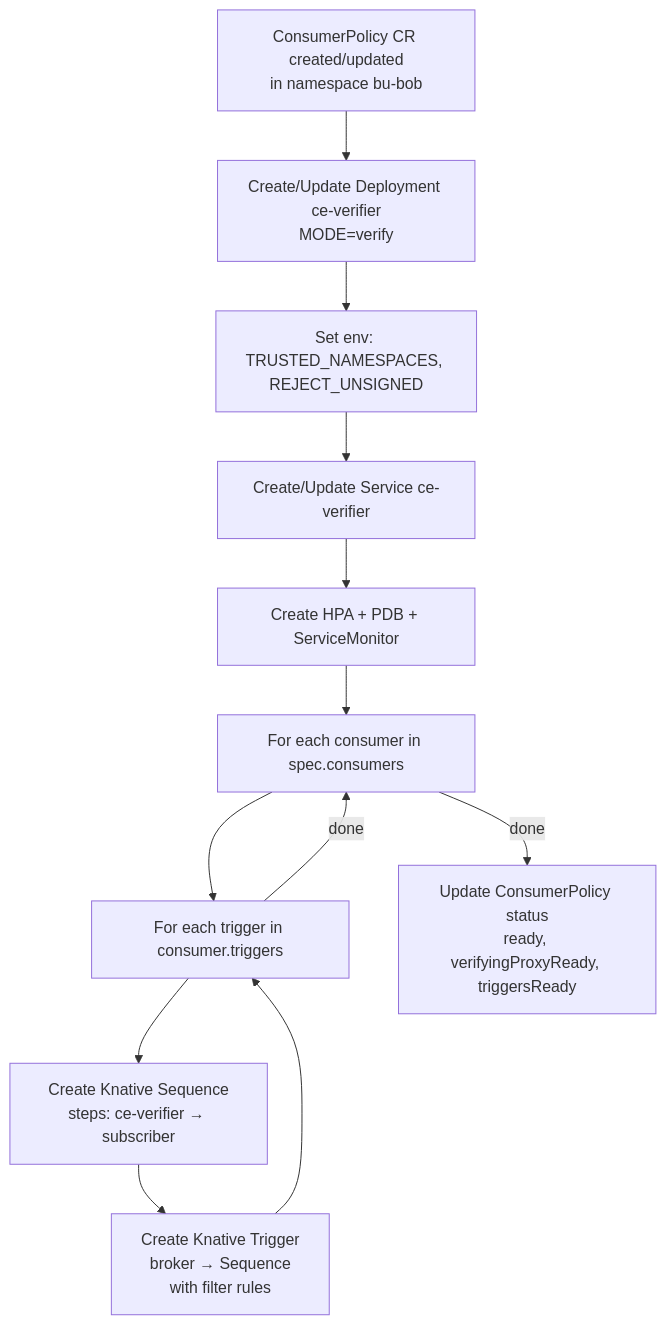
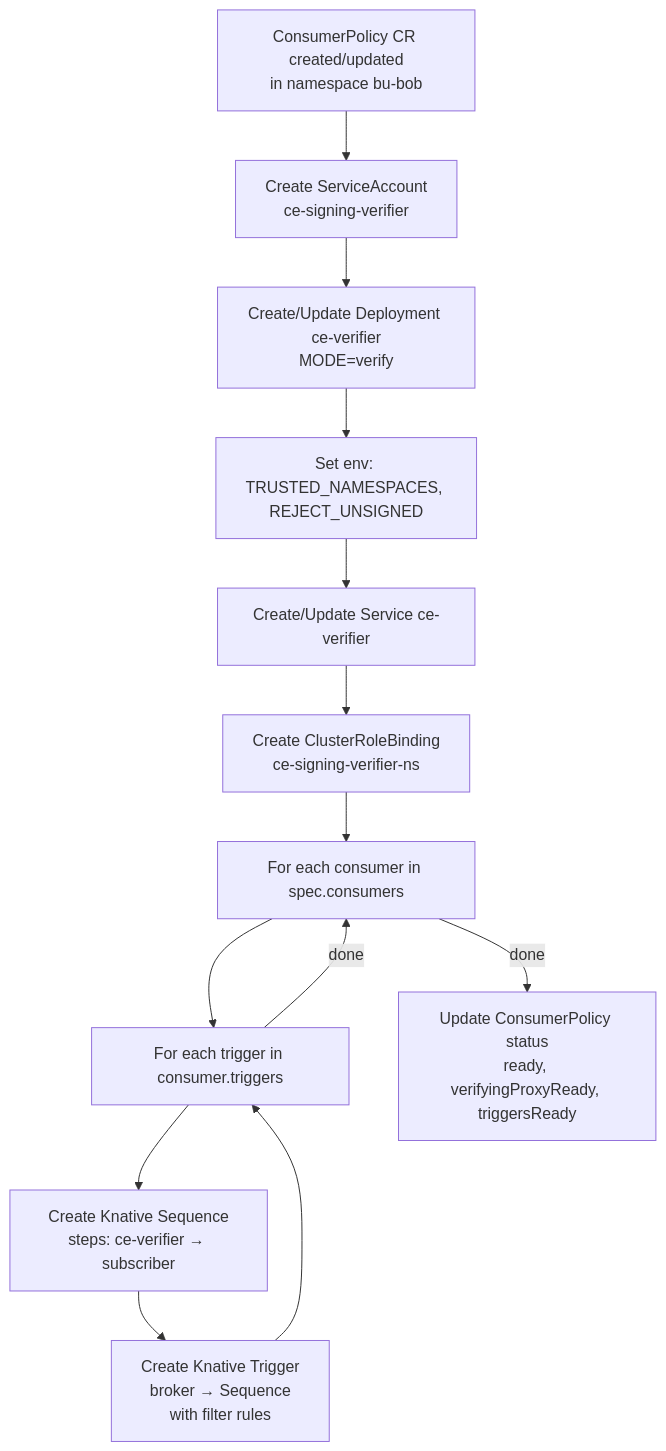
Before and after one commit to nrrso/eventing-signing-operator: the third of 10 diagrams in docs/FLOWCHART.md, drawn with Mermaid. The commit also changed other lines of this file, not shown here.

First line of the commit message:
chore(docs): update FLOWCHART.md for current state and add UC2 federation scenario

````diff
--- a/docs/FLOWCHART.md
+++ b/docs/FLOWCHART.md
@@ -46,14 +58,15 @@
 ```mermaid
 flowchart TD
-    A[ConsumerPolicy CR created/updated<br/>in namespace bu-bob] --> B[Create/Update Deployment ce-verifier<br/>MODE=verify]
-    B --> C[Set env: TRUSTED_NAMESPACES, REJECT_UNSIGNED]
-    C --> D[Create/Update Service ce-verifier]
-    D --> E[Create HPA + PDB + ServiceMonitor]
-    E --> F[For each consumer in spec.consumers]
-    F --> G[For each trigger in consumer.triggers]
-    G --> H[Create Knative Sequence<br/>steps: ce-verifier → subscriber]
-    H --> I[Create Knative Trigger<br/>broker → Sequence<br/>with filter rules]
-    I --> G
-    G -- done --> F
-    F -- done --> J[Update ConsumerPolicy status<br/>ready, verifyingProxyReady, triggersReady]
+    A[ConsumerPolicy CR created/updated<br/>in namespace bu-bob] --> B[Create ServiceAccount<br/>ce-signing-verifier]
+    B --> C[Create/Update Deployment ce-verifier<br/>MODE=verify]
+    C --> D[Set env: TRUSTED_NAMESPACES, REJECT_UNSIGNED]
+    D --> E[Create/Update Service ce-verifier]
+    E --> F[Create ClusterRoleBinding<br/>ce-signing-verifier-ns]
+    F --> G[For each consumer in spec.consumers]
+    G --> H[For each trigger in consumer.triggers]
+    H --> I[Create Knative Sequence<br/>steps: ce-verifier → subscriber]
+    I --> J[Create Knative Trigger<br/>broker → Sequence<br/>with filter rules]
+    J --> H
+    H -- done --> G
+    G -- done --> K[Update ConsumerPolicy status<br/>ready, verifyingProxyReady, triggersReady]
 ```
````
